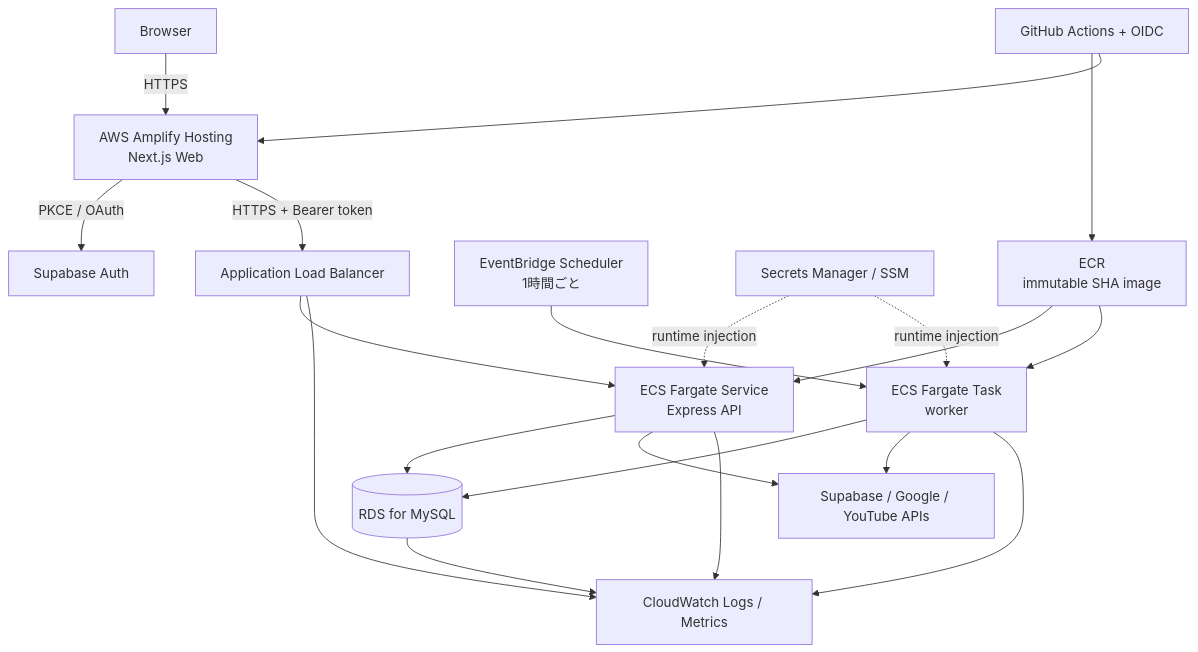
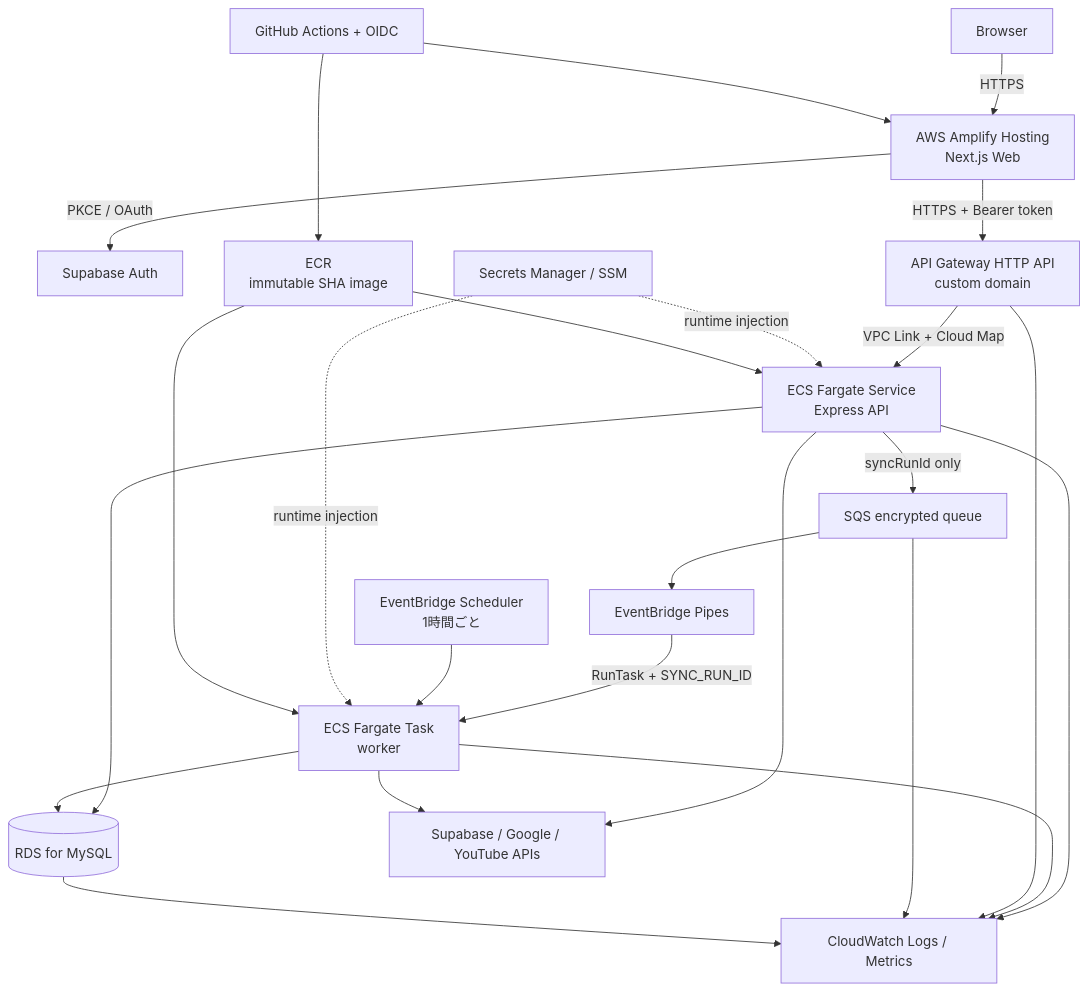
One commit to musenmai-08/oshi-schedule changed the diagram in docs/architecture/deployment-architecture.md. Above: the diagram before and after it, drawn with Mermaid. The commit also changed other lines of this file and 16 other files, not shown here.

Commit message:
refactor: replace ALB with HTTP API

````diff
--- a/docs/architecture/deployment-architecture.md
+++ b/docs/architecture/deployment-architecture.md
@@ -26,22 +26,26 @@
 ```mermaid
 flowchart TB
   B[Browser] -->|HTTPS| AW[AWS Amplify Hosting<br/>Next.js Web]
   AW -->|PKCE / OAuth| SA[Supabase Auth]
-  AW -->|HTTPS + Bearer token| ALB[Application Load Balancer]
-  ALB --> API[ECS Fargate Service<br/>Express API]
+  AW -->|HTTPS + Bearer token| HG[API Gateway HTTP API<br/>custom domain]
+  HG -->|VPC Link + Cloud Map| API[ECS Fargate Service<br/>Express API]
+  API -->|syncRunId only| Q[SQS encrypted queue]
+  Q --> P[EventBridge Pipes]
+  P -->|RunTask + SYNC_RUN_ID| WT
   SCH[EventBridge Scheduler<br/>1時間ごと] --> WT[ECS Fargate Task<br/>worker]
   API --> RDS[(RDS for MySQL)]
   WT --> RDS
   API --> EXT[Supabase / Google / YouTube APIs]
   WT --> EXT
   SM[Secrets Manager / SSM] -. runtime injection .-> API
   SM -. runtime injection .-> WT
   API --> CW[CloudWatch Logs / Metrics]
   WT --> CW
-  ALB --> CW
+  HG --> CW
+  Q --> CW
   RDS --> CW
   GH[GitHub Actions + OIDC] --> ECR[ECR<br/>immutable SHA image]
   ECR --> API
   ECR --> WT
   GH --> AW
 ```
````
